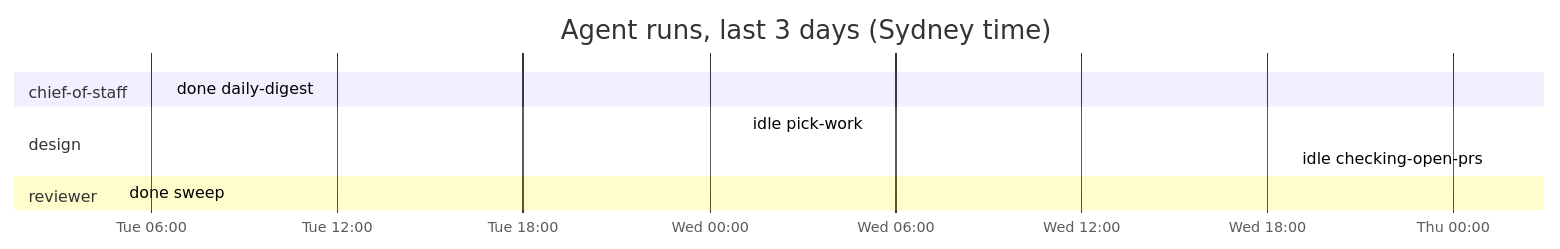
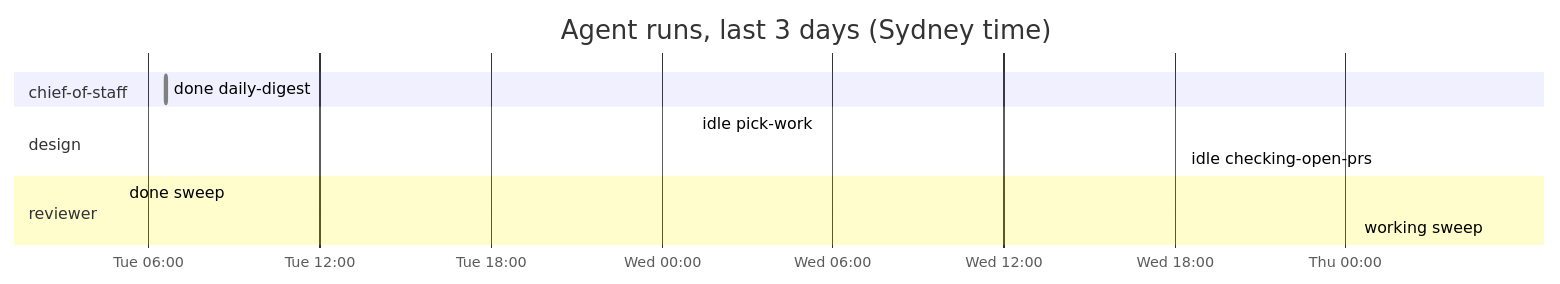
The diagram in dashboard.md (roulmediateam-byte/fifteen-expert-hq), drawn with Mermaid before and after one commit. The commit also changed other lines of this file and 1 other file, not shown here.

````diff
--- a/dashboard.md
+++ b/dashboard.md
@@ -37,13 +37,14 @@
 ```mermaid
 gantt
     title Agent runs, last 3 days (Sydney time)
     dateFormat YYYY-MM-DD HH:mm
     axisFormat %a %H:%M
     section chief-of-staff
     done daily-digest :done, 2026-11-10 06:35, 2026-11-10 06:37
     section design
     idle pick-work :done, 2026-11-11 01:12, 2026-11-11 01:12
     idle checking-open-prs :done, 2026-11-12 01:11, 2026-11-12 01:12
     section reviewer
     done sweep :done, 2026-11-10 05:04, 2026-11-10 05:05
+    working sweep :active, 2026-11-12 05:05, 2026-11-12 05:05
 ```
````
